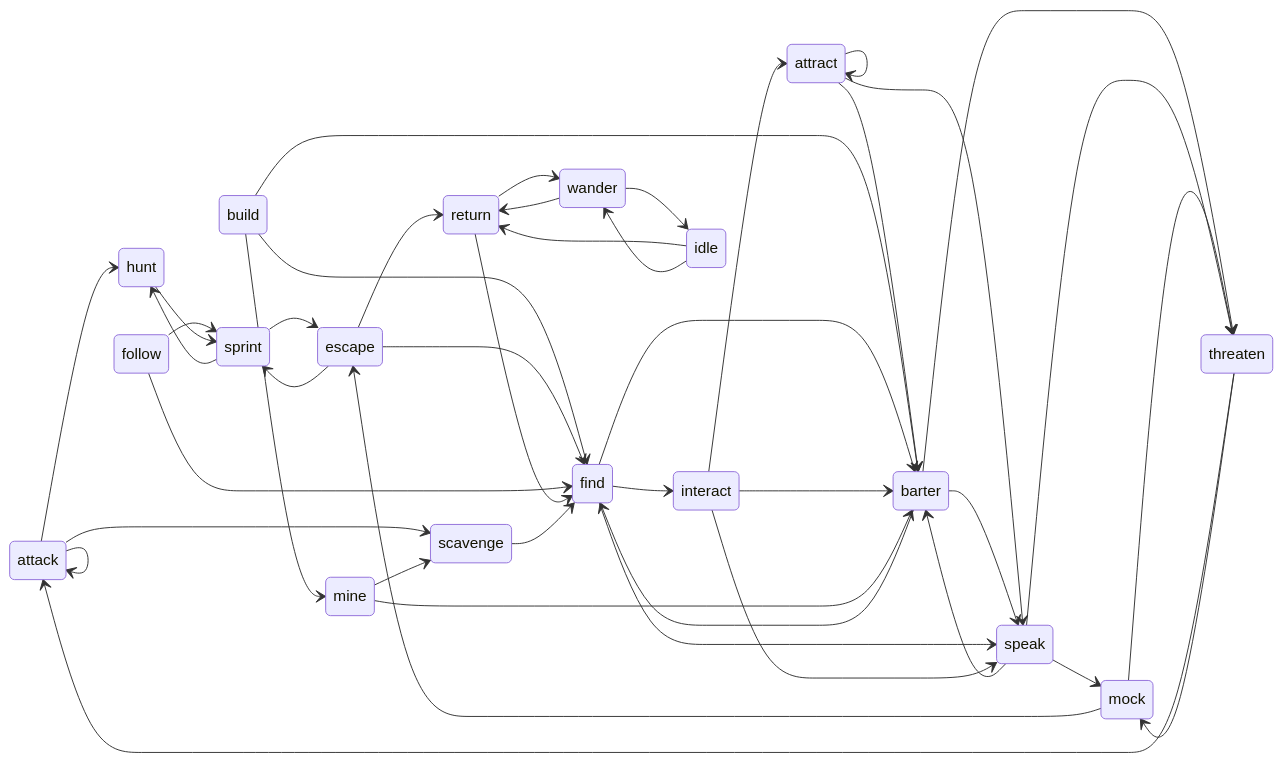
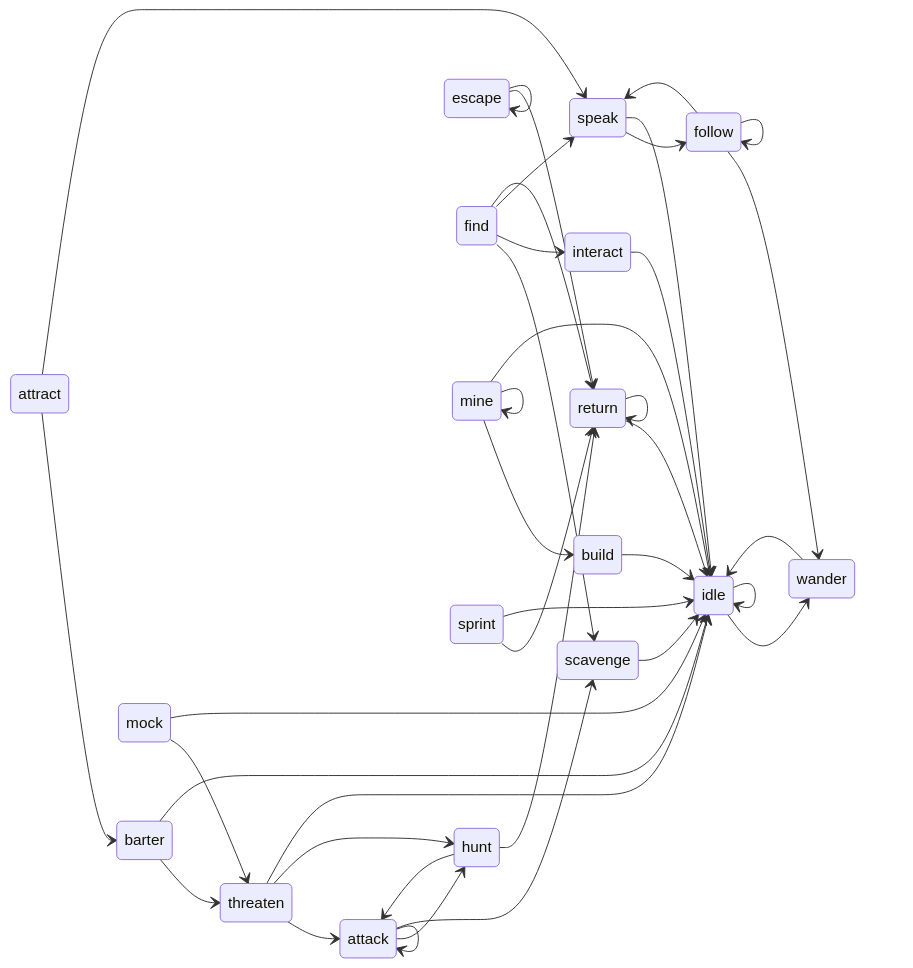
The diagram in docs/static/mmd/intention-transitions.mmd (chinchalinchin/ontology), drawn with Mermaid before and after one commit. The commit also changed 10 other files, not shown here.

```diff
--- a/docs/static/mmd/intention-transitions.mmd
+++ b/docs/static/mmd/intention-transitions.mmd
@@ -1,62 +1,58 @@
 stateDiagram-v2
     direction LR
 
     attack --> attack
     attack --> hunt
     attack --> scavenge
 
-    attract --> attract
     attract --> barter
     attract --> speak
 
-    barter --> speak
-    barter --> find
     barter --> threaten
+    barter --> idle
 
-    build --> barter
-    build --> find
-    build --> mine
+    build --> idle
 
+    escape --> escape
     escape --> return
-    escape --> find
-    escape --> sprint
 
+    find --> scavenge
     find --> interact
     find --> speak
-    find --> barter
+    find --> return
 
-    follow --> find
-    follow --> sprint
+    follow --> follow
+    follow --> speak
+    follow --> wander
 
-    hunt --> sprint
+    hunt --> attack
+    hunt --> return
 
-    idle --> return
     idle --> wander
+    idle --> idle
 
-    interact --> barter
-    interact --> speak
-    interact --> attract
+    interact --> idle
 
-    mine --> barter
-    mine --> scavenge
+    mine --> build
+    mine --> mine
+    mine --> idle
 
     mock --> threaten
-    mock --> escape
+    mock --> idle
 
-    return --> find
-    return --> wander
+    return --> idle
+    return --> return
 
-    scavenge --> find
+    scavenge --> idle
 
-    speak --> barter
-    speak --> mock
-    speak --> threaten
+    speak --> follow
+    speak --> idle
 
-    sprint --> escape
-    sprint --> hunt
+    sprint --> return
+    sprint --> idle
 
     threaten --> attack
-    threaten --> mock
+    threaten --> hunt
+    threaten --> idle
 
     wander --> idle
-    wander --> return
```
